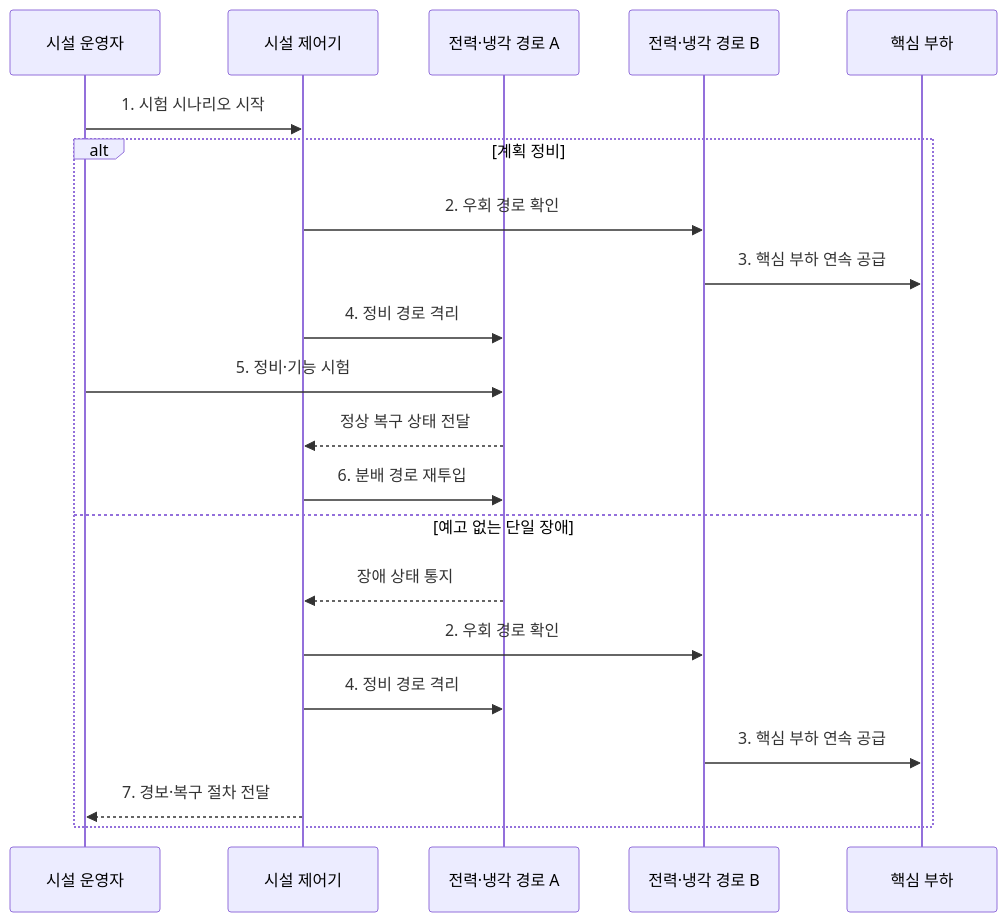
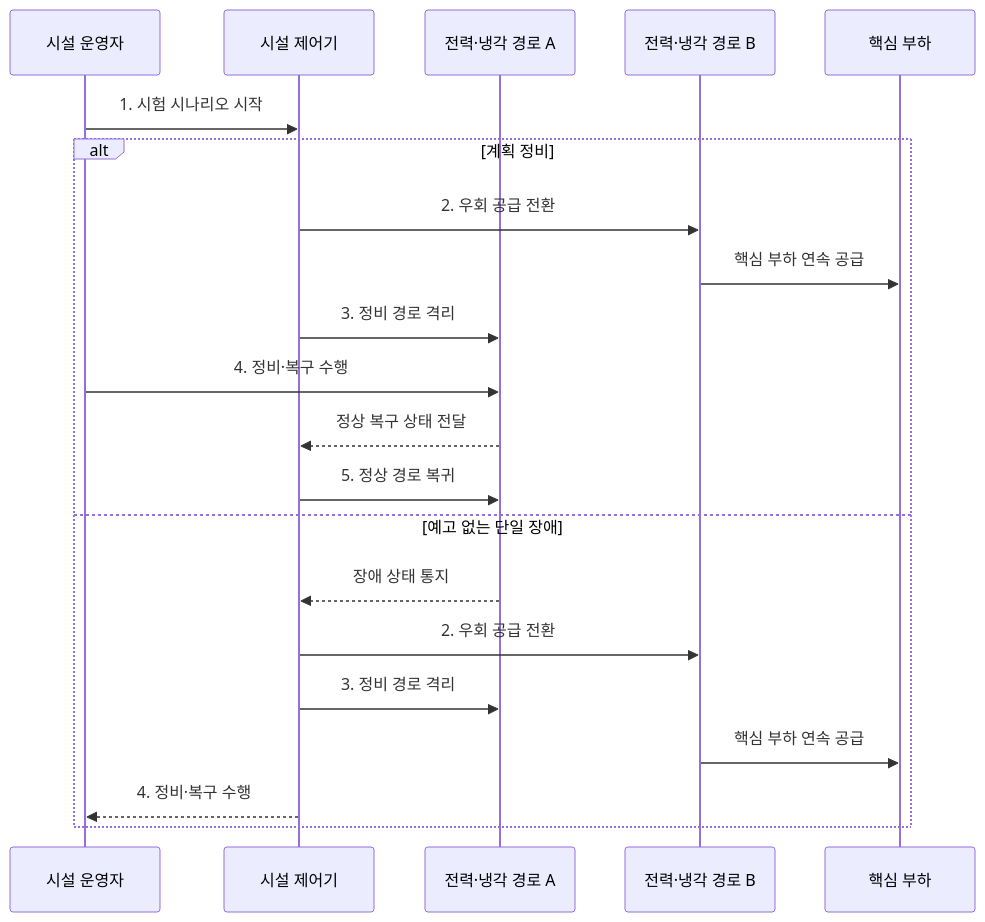
The second of 2 diagrams in src/content/docs/notes/02-hardware/056_data_center_tier.md (agnusdei1207/knowledge-base), drawn with Mermaid before and after one commit. The commit also changed other lines of this file and 86 other files, not shown here.

````diff
--- a/src/content/docs/notes/02-hardware/056_data_center_tier.md
+++ b/src/content/docs/notes/02-hardware/056_data_center_tier.md
@@ -83,24 +83,24 @@
 ```mermaid
 sequenceDiagram
     participant O as 시설 운영자
     participant C as 시설 제어기
     participant A as 전력·냉각 경로 A
     participant B as 전력·냉각 경로 B
     participant L as 핵심 부하
 
     O->>C: 1. 시험 시나리오 시작
     alt 계획 정비
-        C->>B: 2. 우회 경로 확인
-        B->>L: 3. 핵심 부하 연속 공급
-        C->>A: 4. 정비 경로 격리
-        O->>A: 5. 정비·기능 시험
+        C->>B: 2. 우회 공급 전환
+        B->>L: 핵심 부하 연속 공급
+        C->>A: 3. 정비 경로 격리
+        O->>A: 4. 정비·복구 수행
         A-->>C: 정상 복구 상태 전달
-        C->>A: 6. 분배 경로 재투입
+        C->>A: 5. 정상 경로 복귀
     else 예고 없는 단일 장애
         A-->>C: 장애 상태 통지
-        C->>B: 2. 우회 경로 확인
-        C->>A: 4. 정비 경로 격리
-        B->>L: 3. 핵심 부하 연속 공급
-        C-->>O: 7. 경보·복구 절차 전달
+        C->>B: 2. 우회 공급 전환
+        C->>A: 3. 정비 경로 격리
+        B->>L: 핵심 부하 연속 공급
+        C-->>O: 4. 정비·복구 수행
     end
 ```
````
